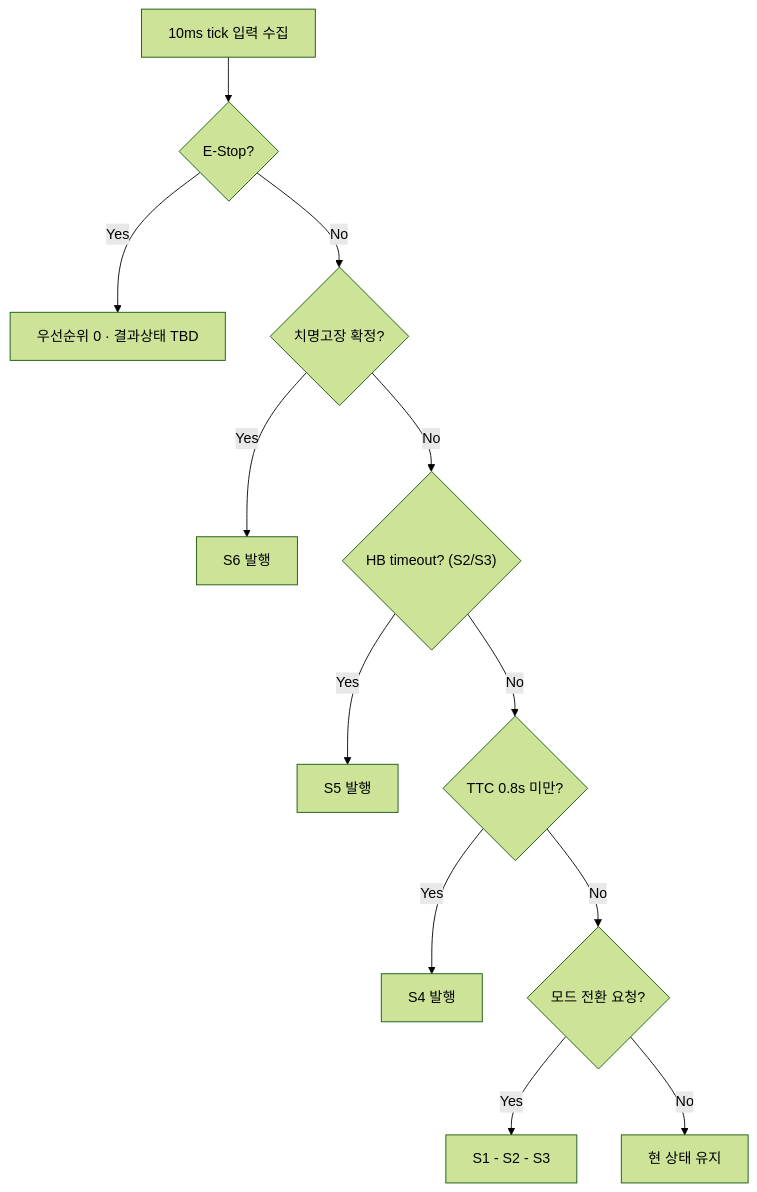
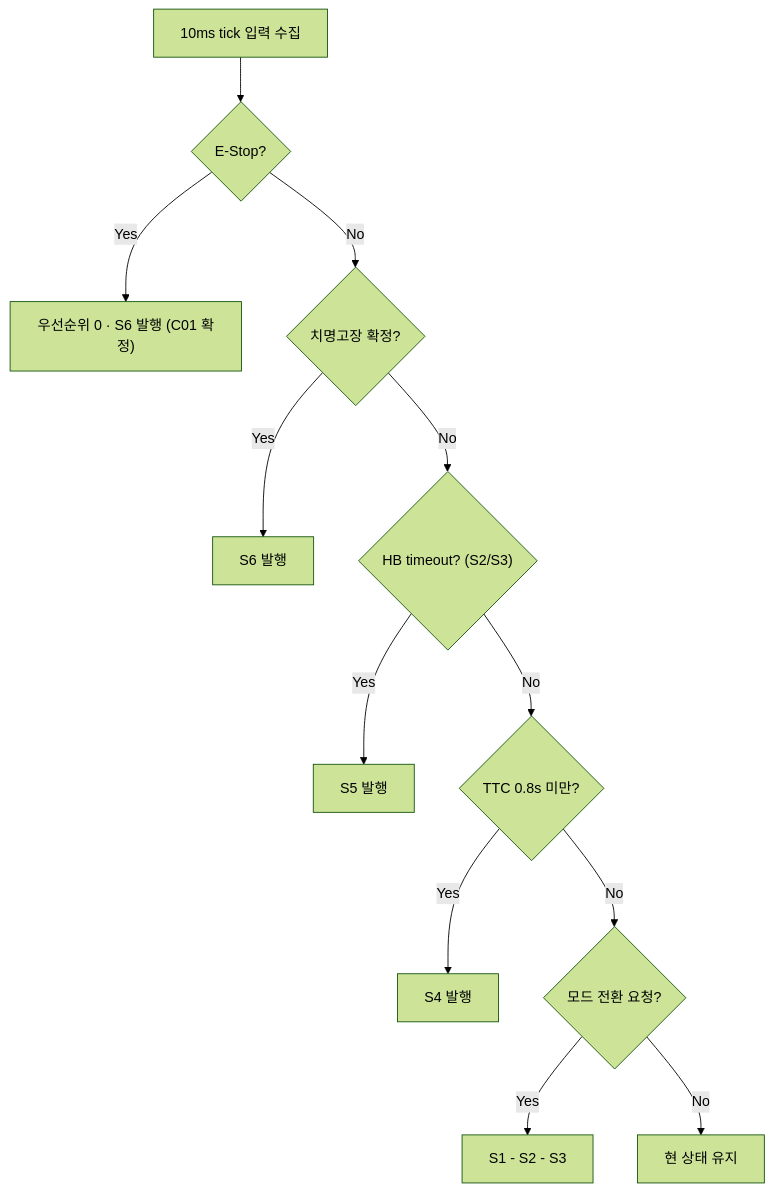
The fifth of 7 diagrams in docs/09_mermaid_diagrams.md (noseunghyeon-lgtm/ChassisuC), drawn with Mermaid (forest theme) before and after one commit. The commit also changed 16 other files, not shown here.

````diff
--- a/docs/09_mermaid_diagrams.md
+++ b/docs/09_mermaid_diagrams.md
@@ -150,14 +150,14 @@
 ```mermaid
 flowchart TD
     A["10ms tick 입력 수집"] --> P0{"E-Stop?"}
-    P0 -->|Yes| ES["우선순위 0 · 결과상태 TBD"]
+    P0 -->|Yes| ES["우선순위 0 · S6 발행 (C01 확정)"]
     P0 -->|No| P1{"치명고장 확정?"}
     P1 -->|Yes| S6["S6 발행"]
     P1 -->|No| P2{"HB timeout? (S2/S3)"}
     P2 -->|Yes| S5["S5 발행"]
     P2 -->|No| P3{"TTC 0.8s 미만?"}
     P3 -->|Yes| S4["S4 발행"]
     P3 -->|No| P4{"모드 전환 요청?"}
     P4 -->|Yes| MODE["S1 - S2 - S3"]
     P4 -->|No| HOLD["현 상태 유지"]
 ```
````
